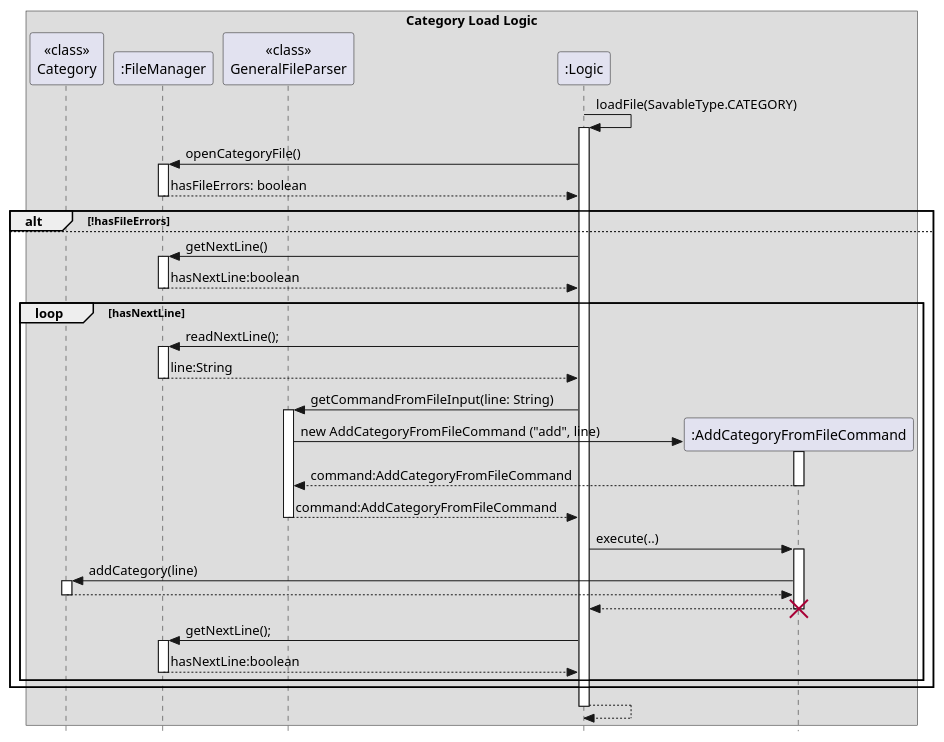
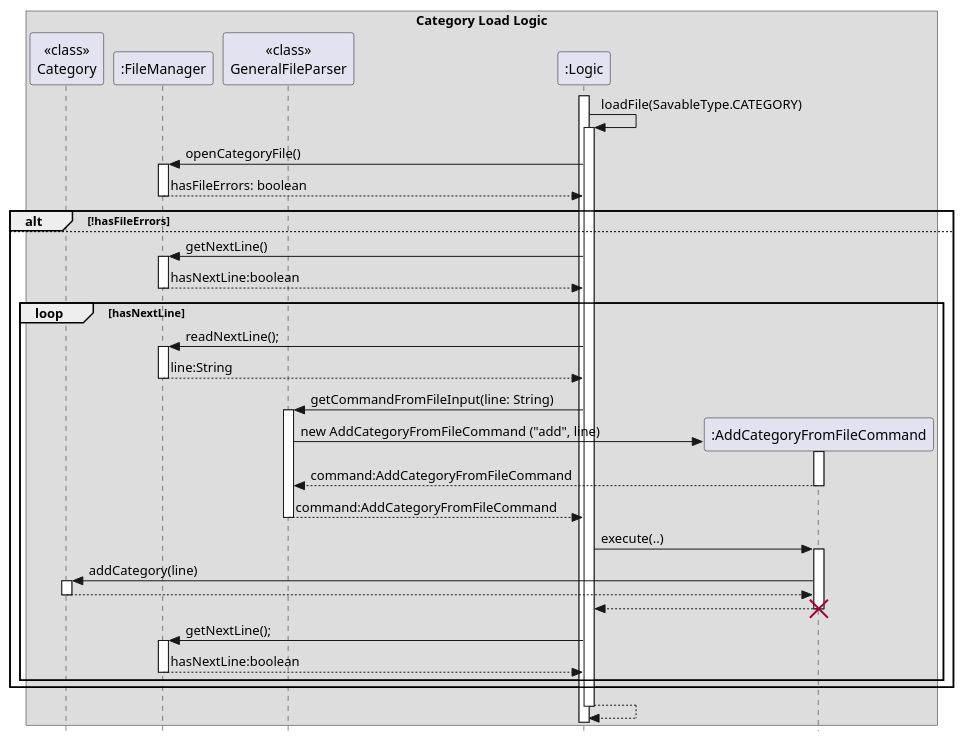
The diagram in docs/team/UML_Files/category_load_sequence.puml (JianJiaT/tp), drawn with PlantUML before and after one commit. The commit also changed 1 other file, not shown here.

Commit message:
Modify category_load_sequence uml Add extra activation bar

```diff
--- a/docs/team/UML_Files/category_load_sequence.puml
+++ b/docs/team/UML_Files/category_load_sequence.puml
@@ -1,57 +1,58 @@
 @startuml
 skinparam Style strictuml
 box Category Load Logic
 
 participant "<<class>>\nCategory" as category
 participant ":FileManager" as fileManager
 participant "<<class>>\nGeneralFileParser" as generalFileParser
 participant ":Logic" as logic
 participant ":AddCategoryFromFileCommand" as AddCategoryFromFileCommand
 
-
+activate logic
 logic -> logic: loadFile(SavableType.CATEGORY)
 activate logic
 logic -> fileManager: openCategoryFile()
 activate fileManager
 fileManager -[dashed]-> logic: hasFileErrors: boolean
 deactivate fileManager
     alt !hasFileErrors
     else
         logic -> fileManager : getNextLine()
         activate fileManager
         fileManager -[dashed]-> logic : hasNextLine:boolean
         deactivate fileManager
         loop hasNextLine
             logic -> fileManager : readNextLine();
             activate fileManager
             fileManager -[dashed]-> logic : line:String
             deactivate fileManager
             logic -> generalFileParser : getCommandFromFileInput(line: String)
             activate generalFileParser
             create AddCategoryFromFileCommand
             generalFileParser -> AddCategoryFromFileCommand: new AddCategoryFromFileCommand ("add", line)
             activate AddCategoryFromFileCommand
             AddCategoryFromFileCommand --> generalFileParser: command:AddCategoryFromFileCommand
             deactivate AddCategoryFromFileCommand
             generalFileParser --> logic : command:AddCategoryFromFileCommand
             deactivate generalFileParser
             logic -> AddCategoryFromFileCommand : execute(..)
             activate AddCategoryFromFileCommand
             AddCategoryFromFileCommand -> category : addCategory(line)
             activate category
             category -[dashed]-> AddCategoryFromFileCommand
             deactivate
             AddCategoryFromFileCommand -[dashed]-> logic
             deactivate AddCategoryFromFileCommand
             destroy AddCategoryFromFileCommand
             logic -> fileManager : getNextLine();
             activate fileManager
             fileManager -[dashed]-> logic : hasNextLine:boolean
             deactivate fileManager
 
         end
     end
+
     logic -[dashed]-> logic
     deactivate logic
 end box
 @enduml
```
